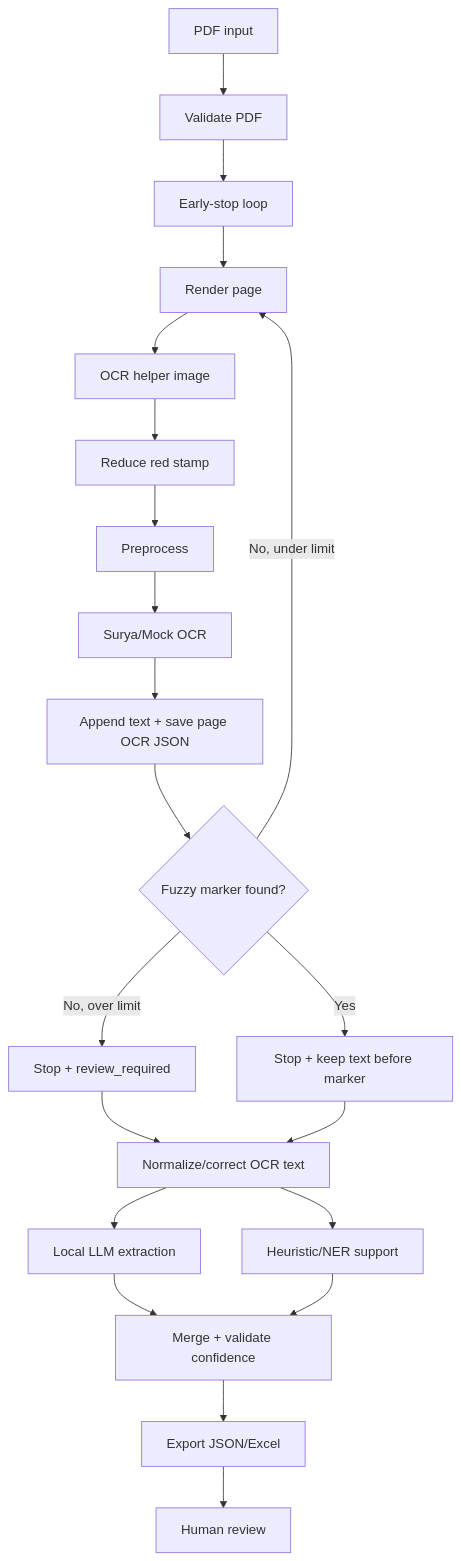
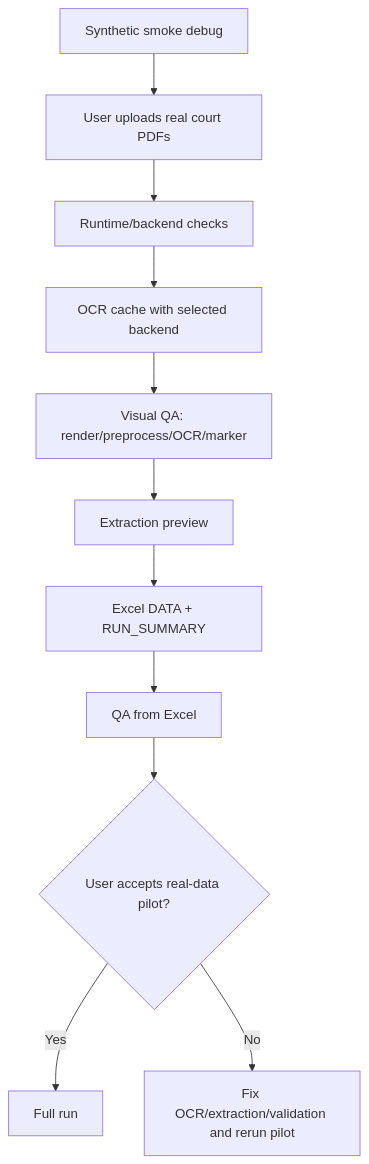
Before and after one commit to minhnguyen19113-bot/court-ocr-extract: the diagram in docs/workflow.md, drawn with Mermaid. The commit also changed other lines of this file and 75 other files, not shown here.

````diff
--- a/docs/workflow.md
+++ b/docs/workflow.md
@@ -5,23 +3,13 @@
 ```mermaid
 flowchart TD
-    A["PDF input"] --> B["Validate PDF"]
-    B --> C["Early-stop loop"]
-    C --> D["Render page"]
-    D --> E["OCR helper image"]
-    E --> F["Reduce red stamp"]
-    F --> G["Preprocess"]
-    G --> H["Surya/Mock OCR"]
-    H --> I["Append text + save page OCR JSON"]
-    I --> J{"Fuzzy marker found?"}
-    J -- "No, under limit" --> D
-    J -- "No, over limit" --> K["Stop + review_required"]
-    J -- "Yes" --> L["Stop + keep text before marker"]
-    K --> M["Normalize/correct OCR text"]
-    L --> M
-    M --> N["Local LLM extraction"]
-    M --> O["Heuristic/NER support"]
-    N --> P["Merge + validate confidence"]
-    O --> P
-    P --> Q["Export JSON/Excel"]
-    Q --> R["Human review"]
+    S["Synthetic smoke debug"] --> A["User uploads real court PDFs"]
+    A --> B["Runtime/backend checks"]
+    B --> C["OCR cache with selected backend"]
+    C --> D["Visual QA: render/preprocess/OCR/marker"]
+    D --> E["Extraction preview"]
+    E --> F["Excel DATA + RUN_SUMMARY"]
+    F --> G["QA from Excel"]
+    G --> H{"User accepts real-data pilot?"}
+    H -->|Yes| I["Full run"]
+    H -->|No| J["Fix OCR/extraction/validation and rerun pilot"]
 ```
````
